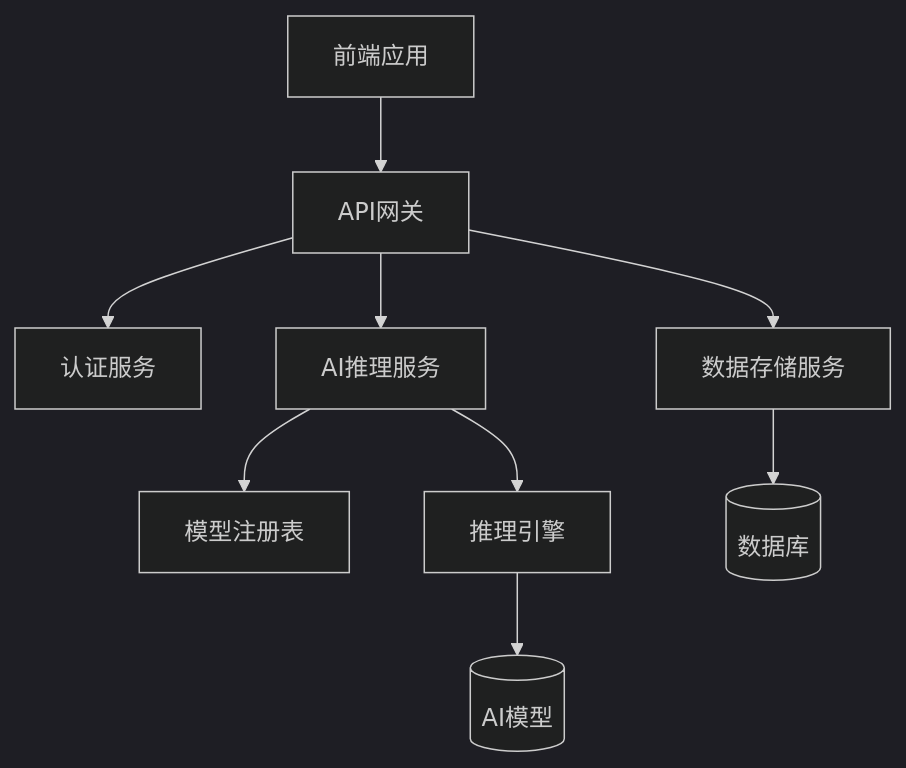
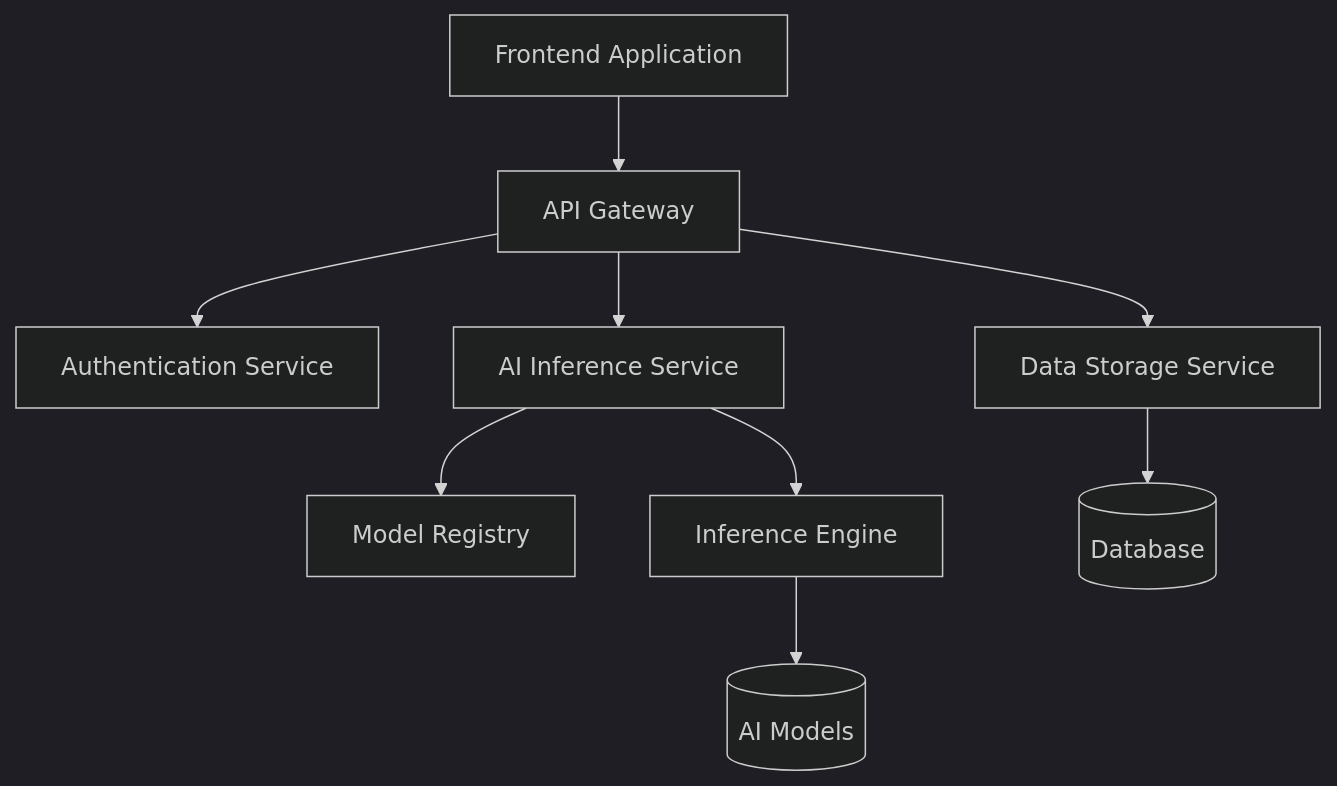
Before and after one commit to telepace/quick-forge-ai: the diagram in website/app/blog/posts/tech-sharing.mdx, drawn with Mermaid (dark theme). The commit also changed other lines of this file and 18 other files, not shown here.

````diff
--- a/website/app/blog/posts/tech-sharing.mdx
+++ b/website/app/blog/posts/tech-sharing.mdx
@@ -15,11 +15,11 @@
 ```mermaid
 graph TD
-    Client[前端应用] --> API[API网关]
-    API --> Auth[认证服务]
-    API --> AIService[AI推理服务]
-    API --> DataStore[数据存储服务]
-    AIService --> ModelRegistry[模型注册表]
-    AIService --> InferenceEngine[推理引擎]
-    InferenceEngine --> Models[(AI模型)]
-    DataStore --> DB[(数据库)]
+    Client[Frontend Application] --> API[API Gateway]
+    API --> Auth[Authentication Service]
+    API --> AIService[AI Inference Service]
+    API --> DataStore[Data Storage Service]
+    AIService --> ModelRegistry[Model Registry]
+    AIService --> InferenceEngine[Inference Engine]
+    InferenceEngine --> Models[(AI Models)]
+    DataStore --> DB[(Database)]
 ```
````
